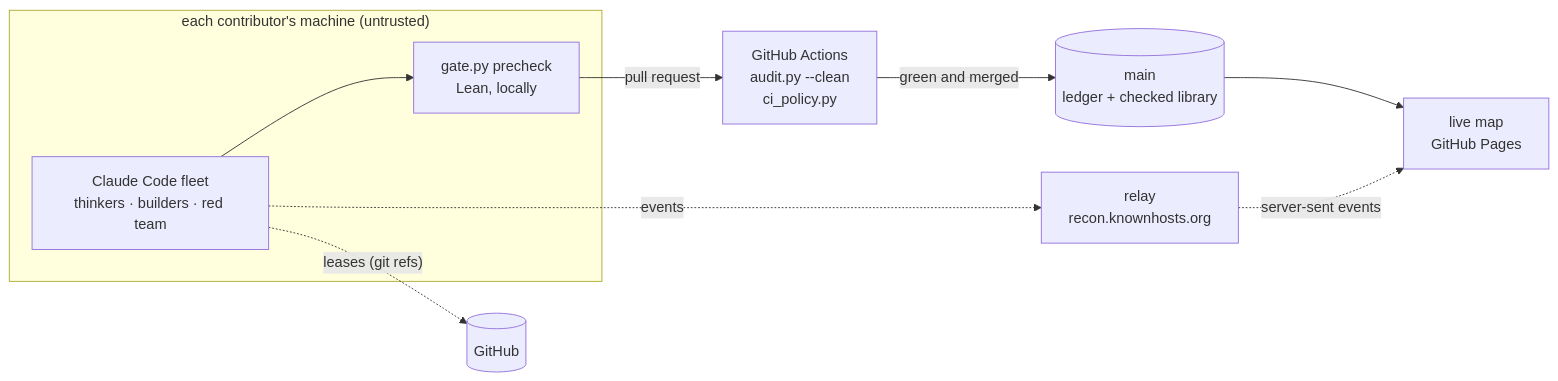
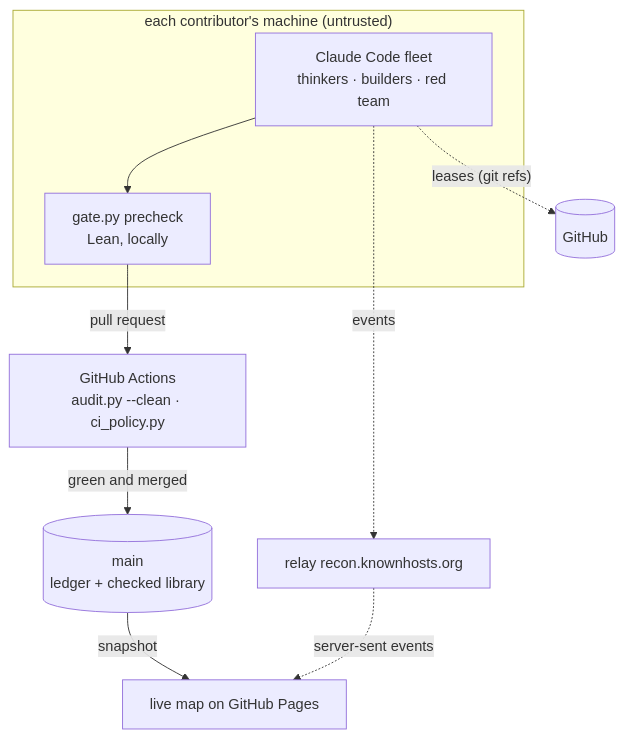
One commit to debe/recon_conjecture changed the first of 2 diagrams in README.md. Above: the diagram before and after it, drawn with Mermaid. The commit also changed other lines of this file, not shown here.

Commit message:
README: top-down diagrams so they fit the column

````diff
--- a/README.md
+++ b/README.md
@@ -39,12 +39,12 @@
 ```mermaid
-flowchart LR
+flowchart TB
   subgraph laptop["each contributor's machine (untrusted)"]
     fleet["Claude Code fleet<br/>thinkers · builders · red team"] --> pre["gate.py precheck<br/>Lean, locally"]
   end
-  pre -->|pull request| ci["GitHub Actions<br/>audit.py --clean<br/>ci_policy.py"]
+  pre -->|pull request| ci["GitHub Actions<br/>audit.py --clean · ci_policy.py"]
   ci -->|green and merged| main[("main<br/>ledger + checked library")]
-  main --> page["live map<br/>GitHub Pages"]
+  main -->|snapshot| page["live map on GitHub Pages"]
   fleet -. "leases (git refs)" .-> gh[("GitHub")]
-  fleet -. events .-> relay["relay<br/>recon.knownhosts.org"]
+  fleet -. events .-> relay["relay recon.knownhosts.org"]
   relay -. "server-sent events" .-> page
 ```
````
